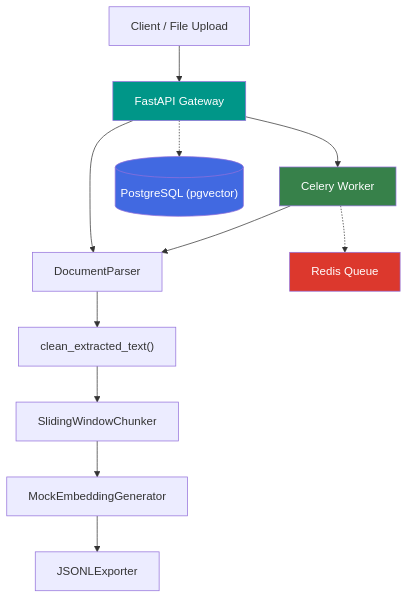
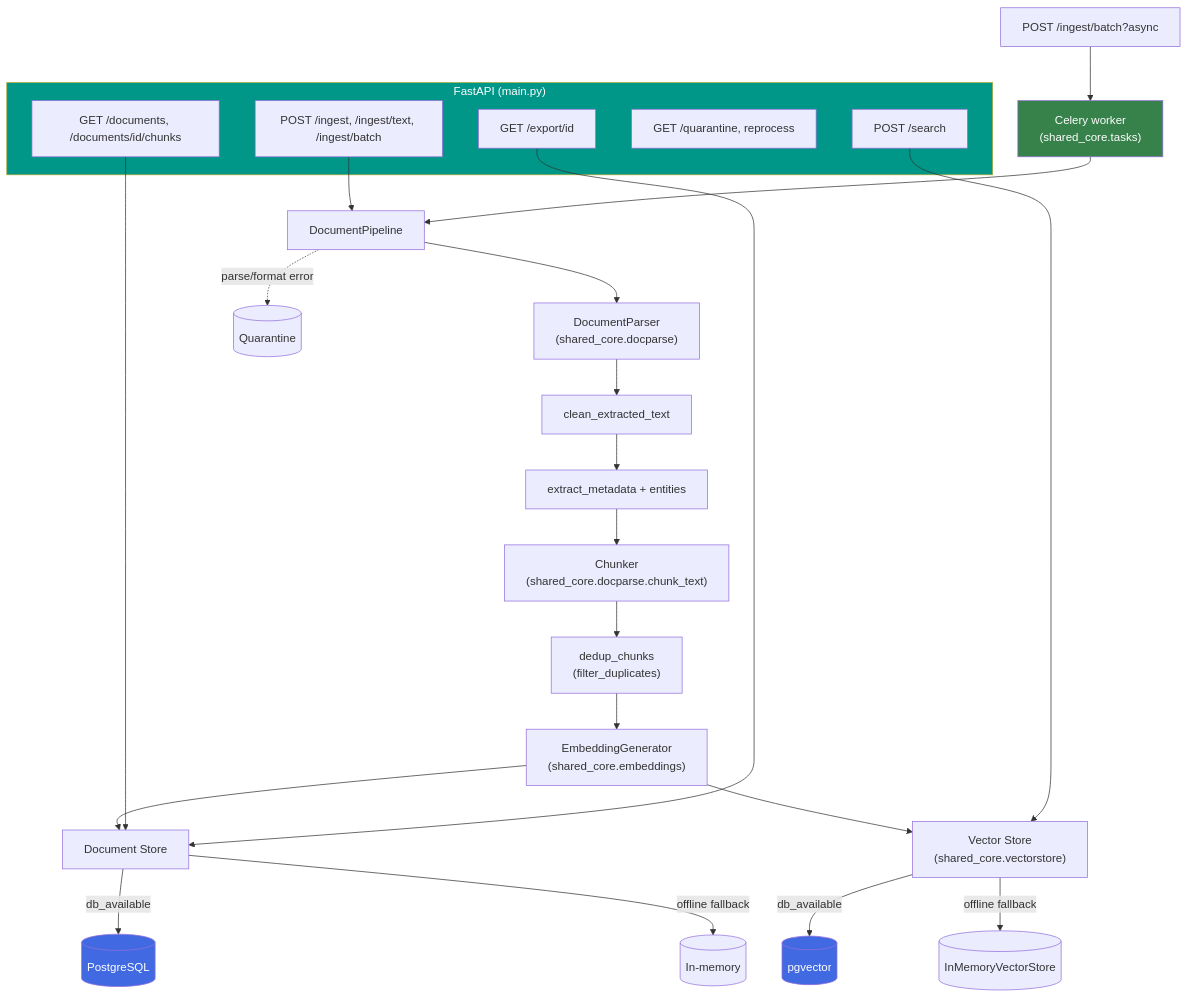
The diagram in README.md (FishRaposo/document-intelligence-pipeline), drawn with Mermaid before and after one commit. The commit also changed other lines of this file and 96 other files, not shown here.

````diff
--- a/README.md
+++ b/README.md
@@ -31,20 +34,38 @@
 ```mermaid
 graph TD
-    A["Client / File Upload"] --> B["FastAPI Gateway"]
-    B --> C["DocumentParser"]
-    C --> D["clean_extracted_text()"]
-    D --> E["SlidingWindowChunker"]
-    E --> F["MockEmbeddingGenerator"]
-    F --> G["JSONLExporter"]
+    subgraph API["FastAPI (main.py)"]
+        I["POST /ingest, /ingest/text, /ingest/batch"]
+        B["GET /documents, /documents/id/chunks"]
+        S["POST /search"]
+        Q["GET /quarantine, reprocess"]
+        X["GET /export/id"]
+    end
 
-    B --> H["Celery Worker"]
-    H --> C
+    I --> P["DocumentPipeline"]
+    P --> PA["DocumentParser<br/>(shared_core.docparse)"]
+    PA --> CL["clean_extracted_text"]
+    CL --> MD["extract_metadata + entities"]
+    MD --> CH["Chunker<br/>(shared_core.docparse.chunk_text)"]
+    CH --> DD["dedup_chunks<br/>(filter_duplicates)"]
+    DD --> EM["EmbeddingGenerator<br/>(shared_core.embeddings)"]
+    EM --> ST["Document Store"]
+    EM --> VS["Vector Store<br/>(shared_core.vectorstore)"]
 
-    B -.-> I[("PostgreSQL (pgvector)")]
-    H -.-> J["Redis Queue"]
+    P -.parse/format error.-> QU[("Quarantine")]
+    S --> VS
+    B --> ST
+    X --> ST
 
-    style B fill:#009688,color:white
-    style H fill:#37814A,color:white
-    style I fill:#4169E1,color:white
-    style J fill:#DC382D,color:white
+    ST -->|db_available| PG[("PostgreSQL")]
+    ST -->|offline fallback| MEM[("In-memory")]
+    VS -->|db_available| PGV[("pgvector")]
+    VS -->|offline fallback| IMV[("InMemoryVectorStore")]
+
+    BATCH["POST /ingest/batch?async"] --> W["Celery worker<br/>(shared_core.tasks)"]
+    W --> P
+
+    style API fill:#009688,color:white
+    style W fill:#37814A,color:white
+    style PG fill:#4169E1,color:white
+    style PGV fill:#4169E1,color:white
 ```
````
